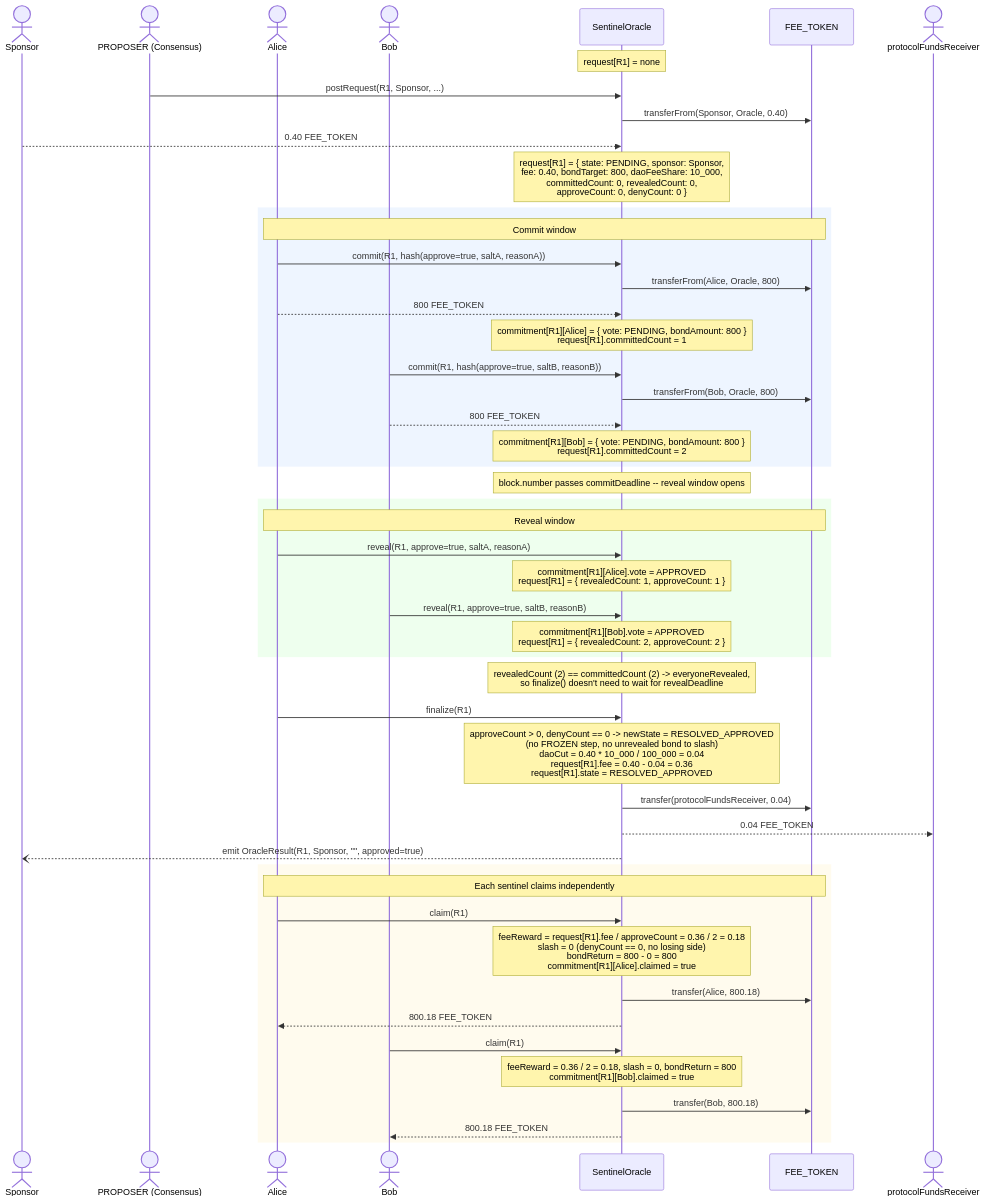
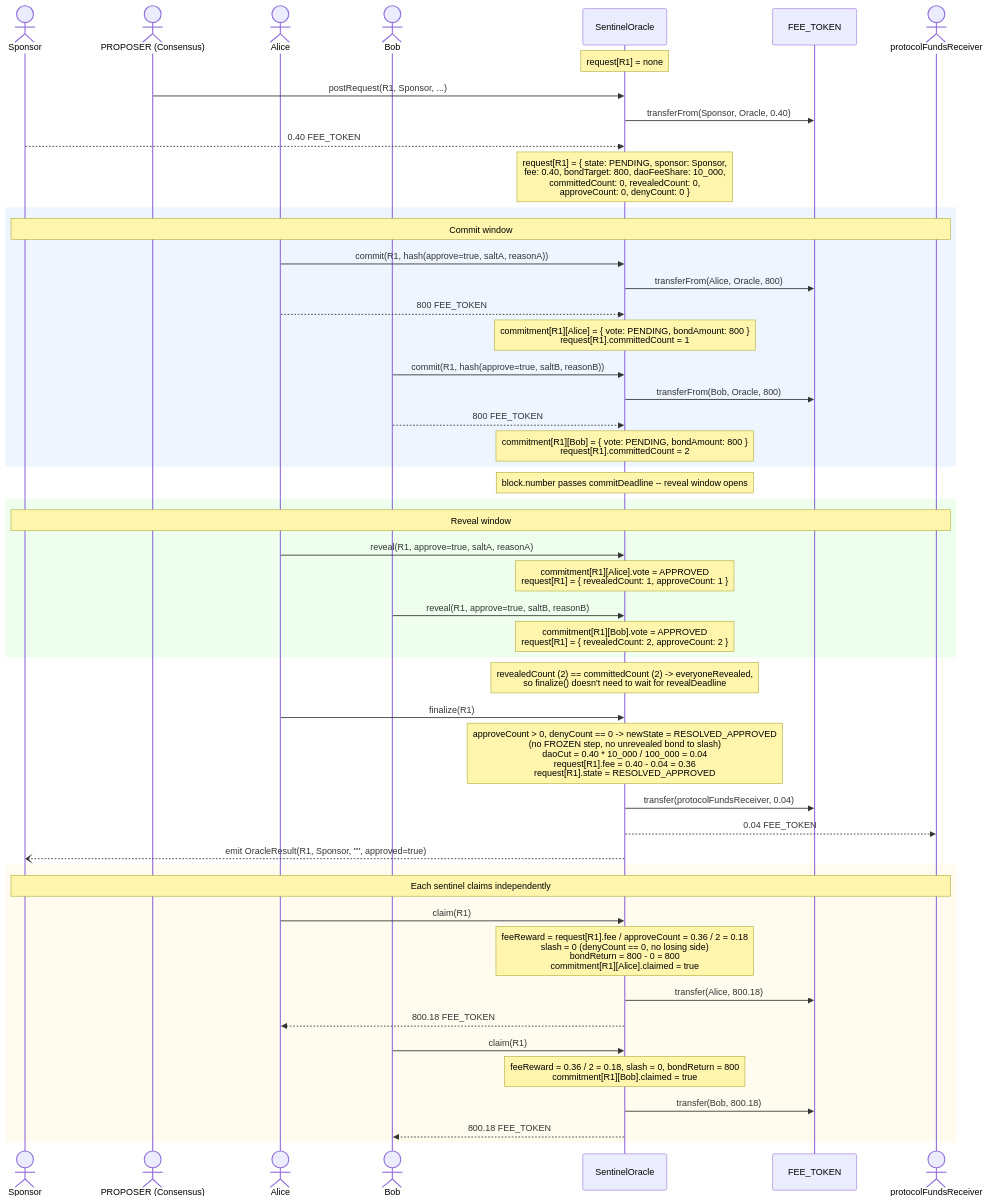
Before and after one commit to safe-research/safenet: the first of 2 diagrams in contracts/docs/SentinelOracle.md, drawn with Mermaid. The commit also changed other lines of this file, not shown here.

First line of the commit message:
Document Dispute Flow

````diff
--- a/contracts/docs/SentinelOracle.md
+++ b/contracts/docs/SentinelOracle.md
@@ -36,62 +37,62 @@
 ```mermaid
 sequenceDiagram
     actor Sponsor
     actor Proposer as PROPOSER (Consensus)
     actor Alice
     actor Bob
     participant Oracle as SentinelOracle
     participant Token as FEE_TOKEN
     actor DAO as protocolFundsReceiver
 
     Note over Oracle: request[R1] = none
 
     Proposer->>Oracle: postRequest(R1, Sponsor, ...)
     Oracle->>Token: transferFrom(Sponsor, Oracle, 0.40)
     Sponsor-->>Oracle: 0.40 FEE_TOKEN
     Note over Oracle: request[R1] = { state: PENDING, sponsor: Sponsor,<br/>fee: 0.40, bondTarget: 800, daoFeeShare: 10_000,<br/>committedCount: 0, revealedCount: 0,<br/>approveCount: 0, denyCount: 0 }
 
     rect rgba(200,220,255,0.3)
-        Note over Alice,Token: Commit window
+        Note over Sponsor,DAO: Commit window
         Alice->>Oracle: commit(R1, hash(approve=true, saltA, reasonA))
         Oracle->>Token: transferFrom(Alice, Oracle, 800)
         Alice-->>Oracle: 800 FEE_TOKEN
         Note over Oracle: commitment[R1][Alice] = { vote: PENDING, bondAmount: 800 }<br/>request[R1].committedCount = 1
 
         Bob->>Oracle: commit(R1, hash(approve=true, saltB, reasonB))
         Oracle->>Token: transferFrom(Bob, Oracle, 800)
         Bob-->>Oracle: 800 FEE_TOKEN
         Note over Oracle: commitment[R1][Bob] = { vote: PENDING, bondAmount: 800 }<br/>request[R1].committedCount = 2
     end
 
     Note over Oracle: block.number passes commitDeadline -- reveal window opens
 
     rect rgba(200,255,200,0.3)
-        Note over Alice,Token: Reveal window
+        Note over Sponsor,DAO: Reveal window
         Alice->>Oracle: reveal(R1, approve=true, saltA, reasonA)
         Note over Oracle: commitment[R1][Alice].vote = APPROVED<br/>request[R1] = { revealedCount: 1, approveCount: 1 }
 
         Bob->>Oracle: reveal(R1, approve=true, saltB, reasonB)
         Note over Oracle: commitment[R1][Bob].vote = APPROVED<br/>request[R1] = { revealedCount: 2, approveCount: 2 }
     end
 
     Note over Oracle: revealedCount (2) == committedCount (2) -> everyoneRevealed,<br/>so finalize() doesn't need to wait for revealDeadline
 
     Alice->>Oracle: finalize(R1)
     Note over Oracle: approveCount > 0, denyCount == 0 -> newState = RESOLVED_APPROVED<br/>(no FROZEN step, no unrevealed bond to slash)<br/>daoCut = 0.40 * 10_000 / 100_000 = 0.04<br/>request[R1].fee = 0.40 - 0.04 = 0.36<br/>request[R1].state = RESOLVED_APPROVED
     Oracle->>Token: transfer(protocolFundsReceiver, 0.04)
     Oracle-->>DAO: 0.04 FEE_TOKEN
     Oracle--)Sponsor: emit OracleResult(R1, Sponsor, "", approved=true)
 
     rect rgba(255,240,200,0.3)
-        Note over Alice,Token: Each sentinel claims independently
+        Note over Sponsor,DAO: Each sentinel claims independently
         Alice->>Oracle: claim(R1)
         Note over Oracle: feeReward = request[R1].fee / approveCount = 0.36 / 2 = 0.18<br/>slash = 0 (denyCount == 0, no losing side)<br/>bondReturn = 800 - 0 = 800<br/>commitment[R1][Alice].claimed = true
         Oracle->>Token: transfer(Alice, 800.18)
         Oracle-->>Alice: 800.18 FEE_TOKEN
 
         Bob->>Oracle: claim(R1)
         Note over Oracle: feeReward = 0.36 / 2 = 0.18, slash = 0, bondReturn = 800<br/>commitment[R1][Bob].claimed = true
         Oracle->>Token: transfer(Bob, 800.18)
         Oracle-->>Bob: 800.18 FEE_TOKEN
     end
 ```
````
